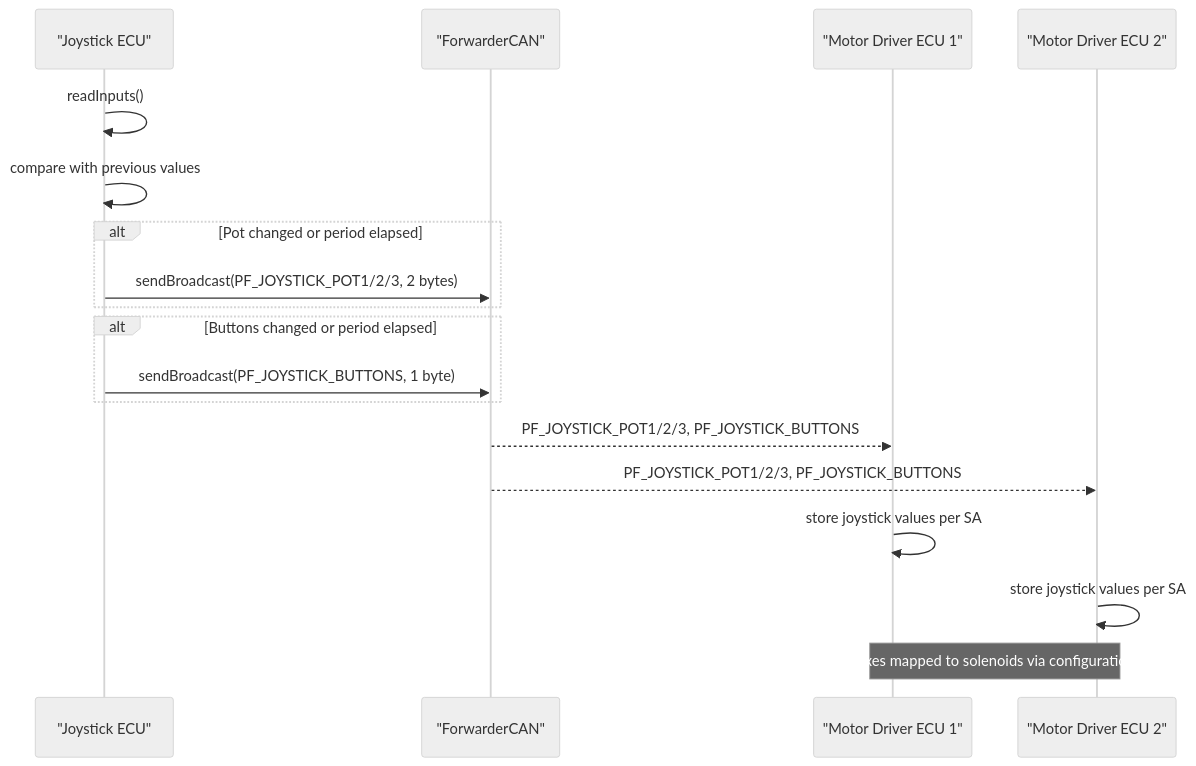
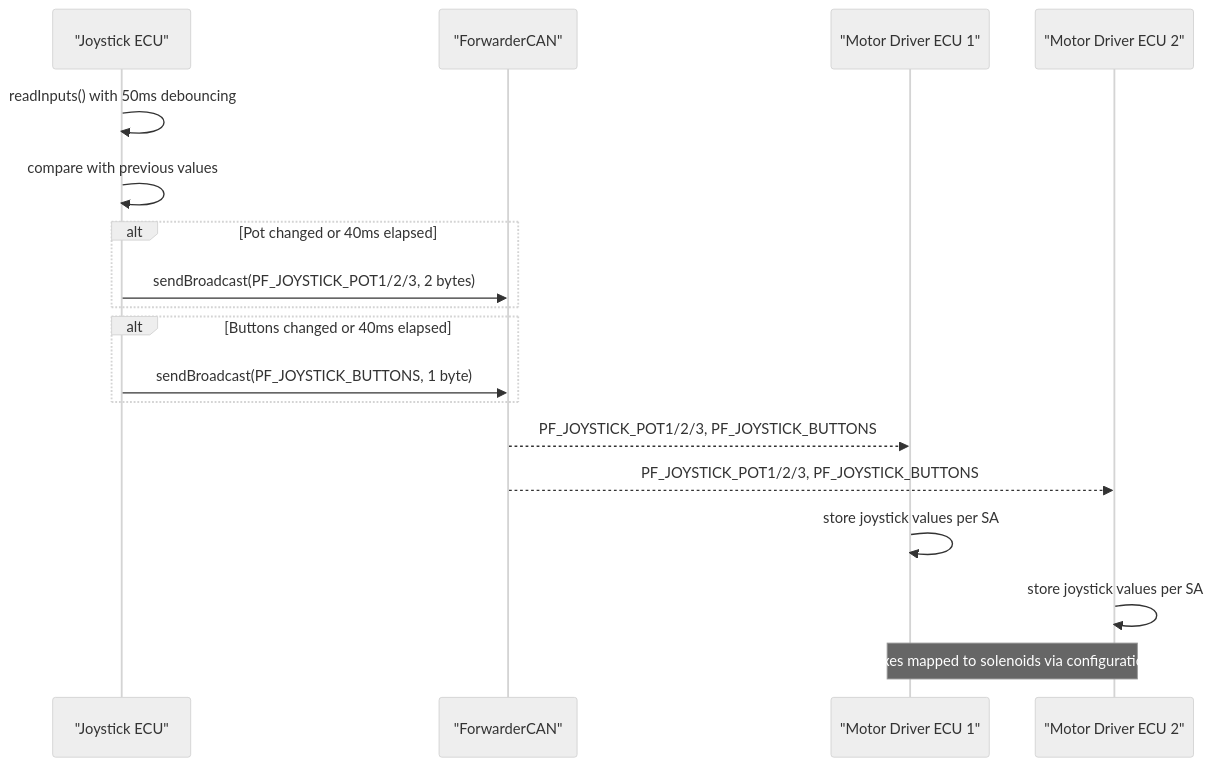
One commit to gunicsba/ESP_CAN_ECU_joystick_collection changed the second of 9 diagrams in .qoder/repowiki/en/content/ECU Implementations/Joystick ECU/Joystick ECU.md. Above: the diagram before and after it, drawn with Mermaid (neutral theme). The commit also changed other lines of this file and 15 other files, not shown here.

````diff
--- a/.qoder/repowiki/en/content/ECU Implementations/Joystick ECU/Joystick ECU.md
+++ b/.qoder/repowiki/en/content/ECU Implementations/Joystick ECU/Joystick ECU.md
@@ -78,20 +86,20 @@
 ```mermaid
 sequenceDiagram
 participant MCU as "Joystick ECU"
 participant CAN as "ForwarderCAN"
 participant MD1 as "Motor Driver ECU 1"
 participant MD2 as "Motor Driver ECU 2"
-MCU->>MCU : readInputs()
+MCU->>MCU : readInputs() with 50ms debouncing
 MCU->>MCU : compare with previous values
-alt Pot changed or period elapsed
+alt Pot changed or 40ms elapsed
 MCU->>CAN : sendBroadcast(PF_JOYSTICK_POT1/2/3, 2 bytes)
 end
-alt Buttons changed or period elapsed
+alt Buttons changed or 40ms elapsed
 MCU->>CAN : sendBroadcast(PF_JOYSTICK_BUTTONS, 1 byte)
 end
 CAN-->>MD1 : PF_JOYSTICK_POT1/2/3, PF_JOYSTICK_BUTTONS
 CAN-->>MD2 : PF_JOYSTICK_POT1/2/3, PF_JOYSTICK_BUTTONS
 MD1->>MD1 : store joystick values per SA
 MD2->>MD2 : store joystick values per SA
 Note over MD1,MD2 : Axes mapped to solenoids via configuration
 ```
````
